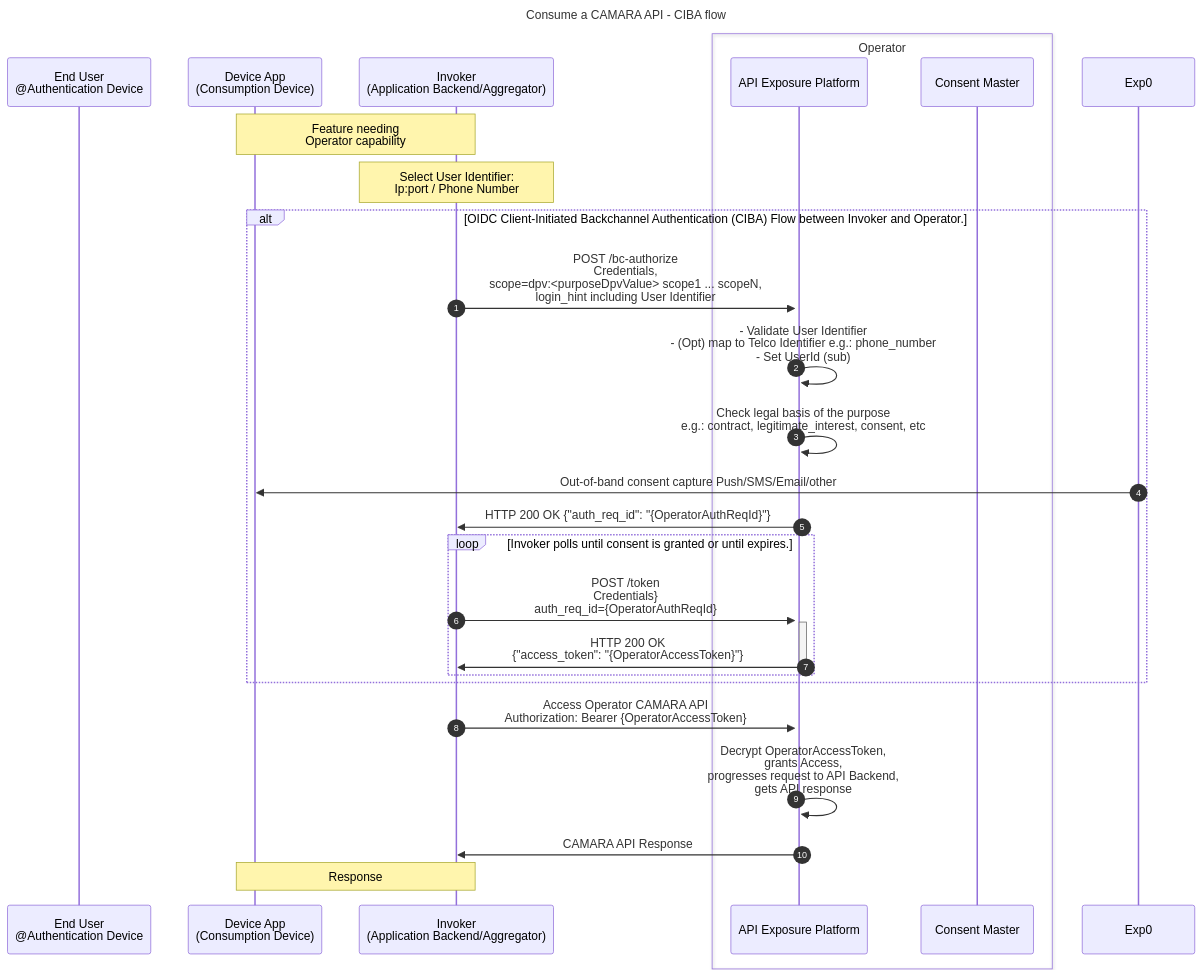
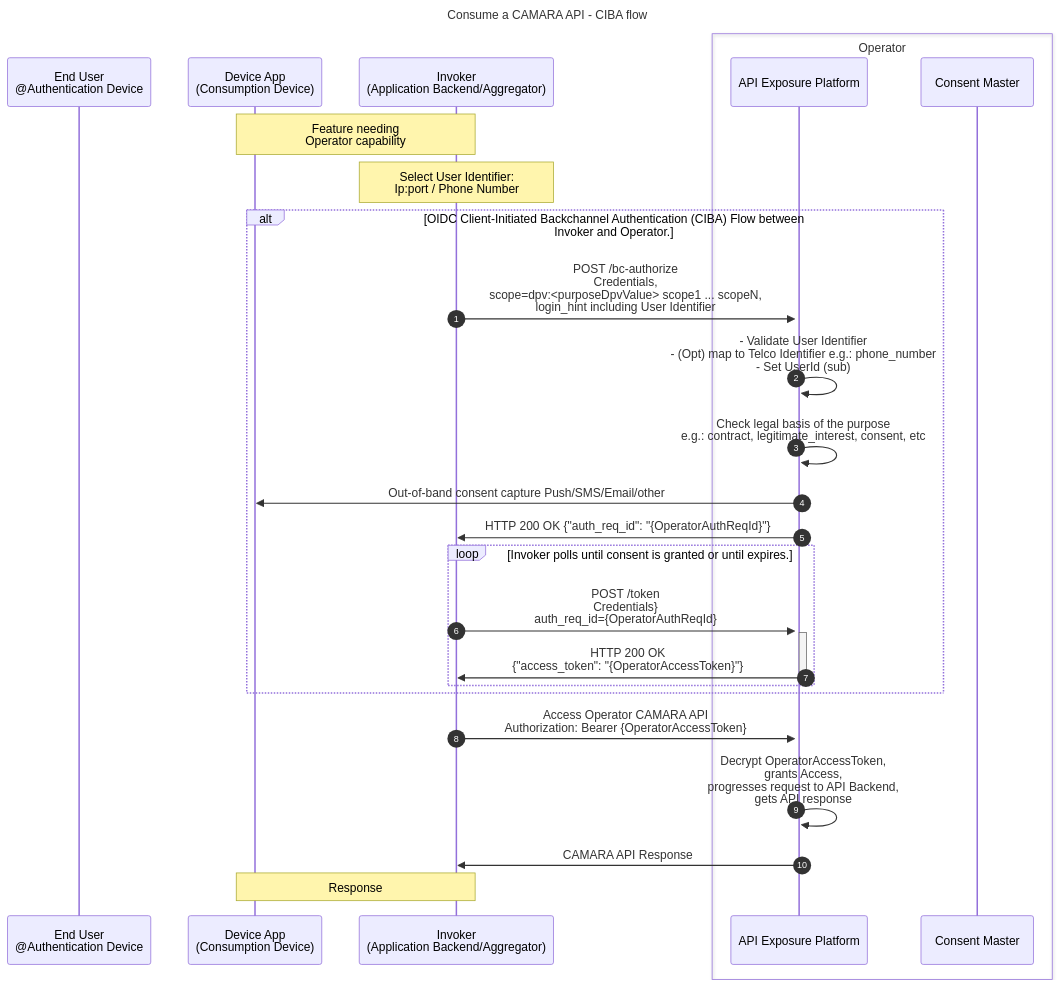
Before and after one commit to camaraproject/IdentityAndConsentManagement: the second of 2 diagrams in documentation/CAMARA-API-access-and-user-consent.md, drawn with Mermaid.

Commit message:
fix typo Exp0 vs ExpO

````diff
--- a/documentation/CAMARA-API-access-and-user-consent.md
+++ b/documentation/CAMARA-API-access-and-user-consent.md
@@ -204,31 +204,31 @@
 ```mermaid
 sequenceDiagram
 autonumber
 title Consume a CAMARA API - CIBA flow
 participant User as End User<br>@Authentication Device
 participant FE as Device App<br>(Consumption Device)
 participant BE as Invoker<br>(Application Backend/Aggregator)  
 box Operator
   participant ExpO as API Exposure Platform  
   participant Consent as Consent Master
 end
 
 Note over FE,BE: Feature needing<br>Operator capability  
 Note over BE: Select User Identifier:<br>Ip:port / Phone Number  
 
 alt OIDC Client-Initiated Backchannel Authentication (CIBA) Flow between Invoker and Operator.
   BE->>+ExpO: POST /bc-authorize<br> Credentials,<br>scope=dpv:<purposeDpvValue> scope1 ... scopeN,<br>login_hint including User Identifier    
   ExpO->>ExpO: - Validate User Identifier<br>- (Opt) map to Telco Identifier e.g.: phone_number<br>- Set UserId (sub)  
   ExpO->>ExpO: Check legal basis of the purpose<br> e.g.: contract, legitimate_interest, consent, etc
-  Exp0->>FE: Out-of-band consent capture Push/SMS/Email/other
+  ExpO->>FE: Out-of-band consent capture Push/SMS/Email/other
   ExpO->>BE: HTTP 200 OK {"auth_req_id": "{OperatorAuthReqId}"}
   loop Invoker polls until consent is granted or until expires.
     BE->>+ExpO: POST /token <br>Credentials}<br>auth_req_id={OperatorAuthReqId}    
     ExpO->>-BE: HTTP 200 OK <br>{"access_token": "{OperatorAccessToken}"}
   end  
 end
 BE->>ExpO: Access Operator CAMARA API<br>Authorization: Bearer {OperatorAccessToken}    
 ExpO->>ExpO: Decrypt OperatorAccessToken,<br>grants Access,<br>progresses request to API Backend,<br>gets API response  
 ExpO->>BE: CAMARA API Response
 Note over BE,FE: Response
 ```
````
